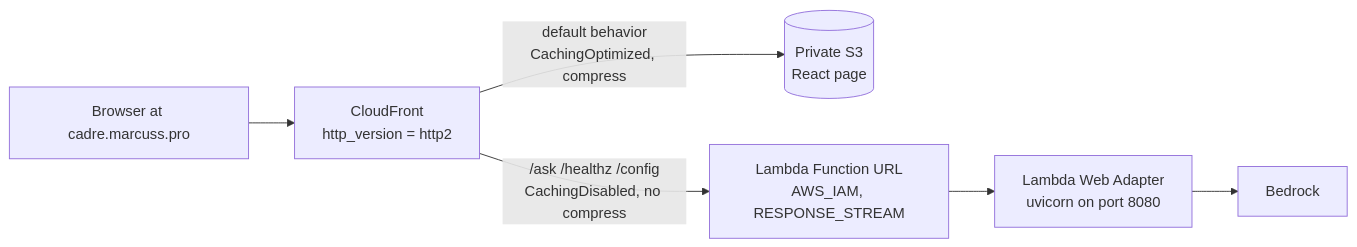
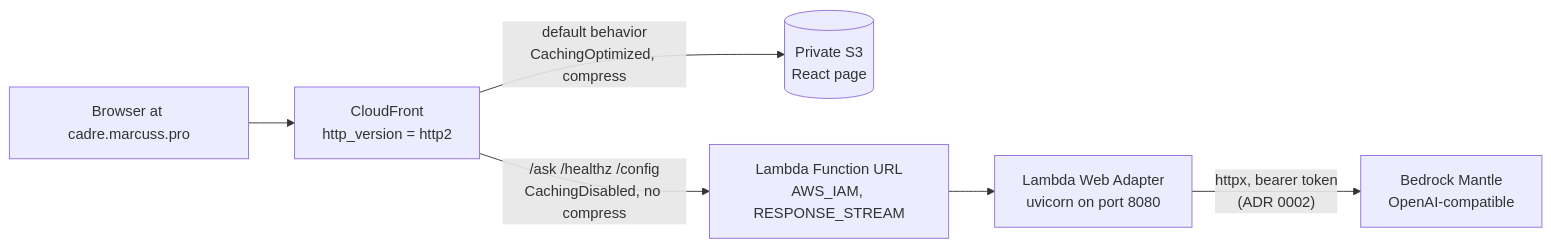
Before and after one commit to Nextasy-Apps-LLC/marcuss-cadre-test: the diagram in openwiki/architecture/overview.md, drawn with Mermaid. The commit also changed other lines of this file and 8 other files, not shown here.

````diff
--- a/openwiki/architecture/overview.md
+++ b/openwiki/architecture/overview.md
@@ -15,8 +16,8 @@
 ```mermaid
 flowchart LR
   B["Browser at cadre.marcuss.pro"] --> CF["CloudFront<br/>http_version = http2"]
   CF -->|"default behavior<br/>CachingOptimized, compress"| S3[("Private S3<br/>React page")]
   CF -->|"/ask /healthz /config<br/>CachingDisabled, no compress"| FU["Lambda Function URL<br/>AWS_IAM, RESPONSE_STREAM"]
   FU --> LWA["Lambda Web Adapter<br/>uvicorn on port 8080"]
-  LWA --> BR["Bedrock"]
+  LWA -->|"httpx, bearer token<br/>(ADR 0002)"| BR["Bedrock Mantle<br/>OpenAI-compatible"]
 ```
````
